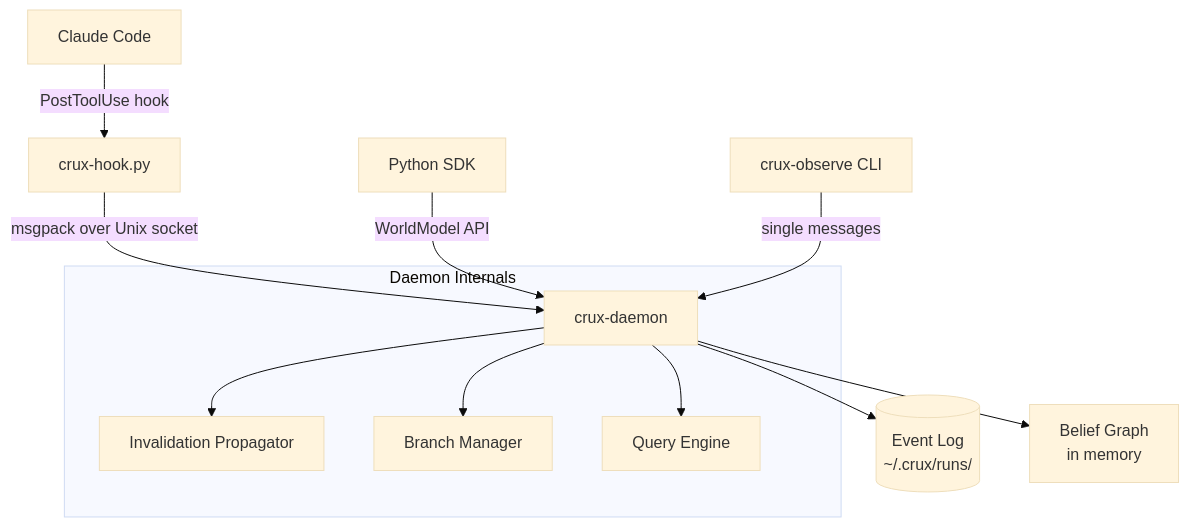
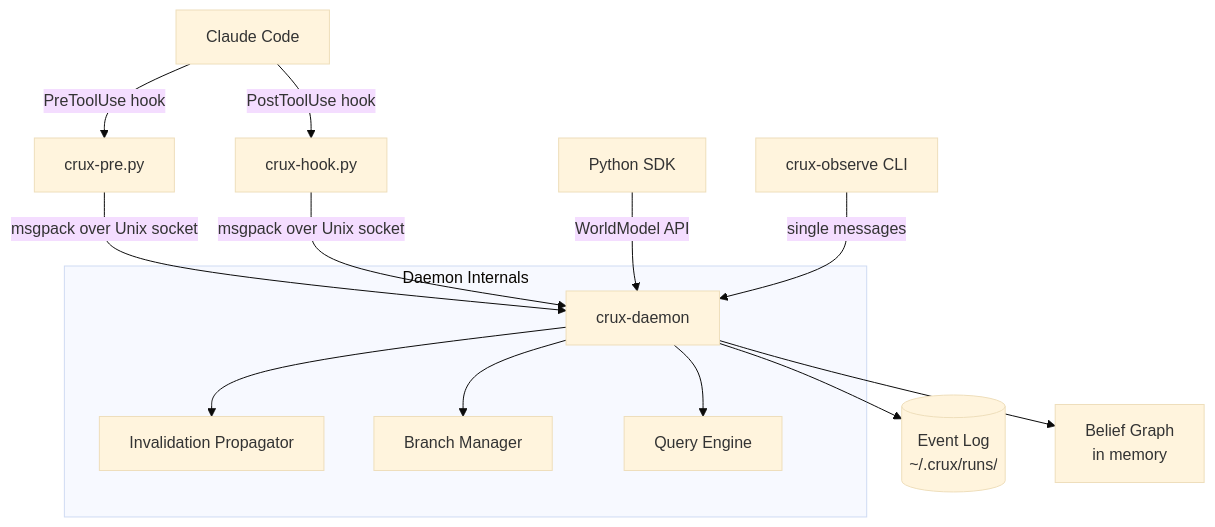
One commit to ardey26/crux changed the fourth of 4 diagrams in README.md. Above: the diagram before and after it, drawn with Mermaid (base theme). The commit also changed other lines of this file and 1 other file, not shown here.

Commit message:
docs: update READMEs for fixed socket, idle timeout, and PreToolUse hook

````diff
--- a/README.md
+++ b/README.md
@@ -278,16 +300,18 @@
 ```mermaid
 graph TB
-    CC[Claude Code] -->|PostToolUse hook| H[crux-hook.py]
-    H -->|msgpack over Unix socket| D[crux-daemon]
+    CC[Claude Code] -->|PreToolUse hook| PRE[crux-pre.py]
+    CC -->|PostToolUse hook| H[crux-hook.py]
+    PRE -->|msgpack over Unix socket| D[crux-daemon]
+    H -->|msgpack over Unix socket| D
     D --> L[(Event Log<br/>~/.crux/runs/)]
     D --> G[Belief Graph<br/>in memory]
 
     SDK[Python SDK] -->|WorldModel API| D
     CLI[crux-observe CLI] -->|single messages| D
 
     subgraph Daemon Internals
         D --> INV[Invalidation Propagator]
         D --> BR[Branch Manager]
         D --> QE[Query Engine]
     end
 ```
````
